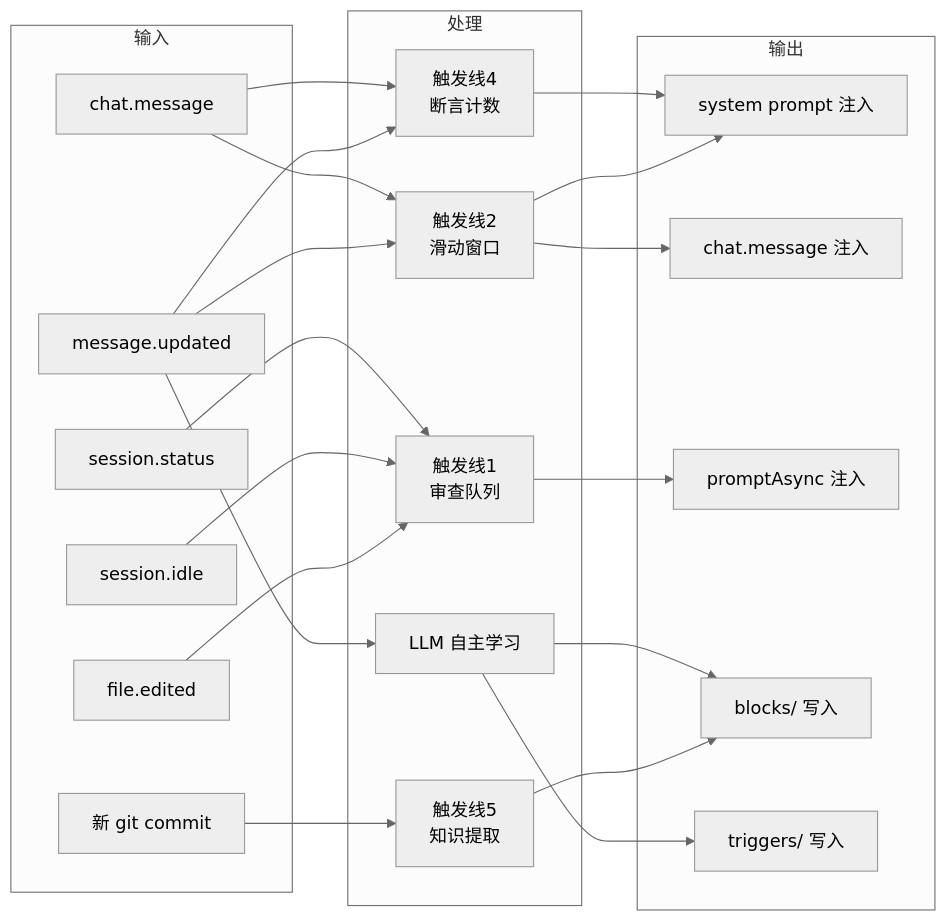
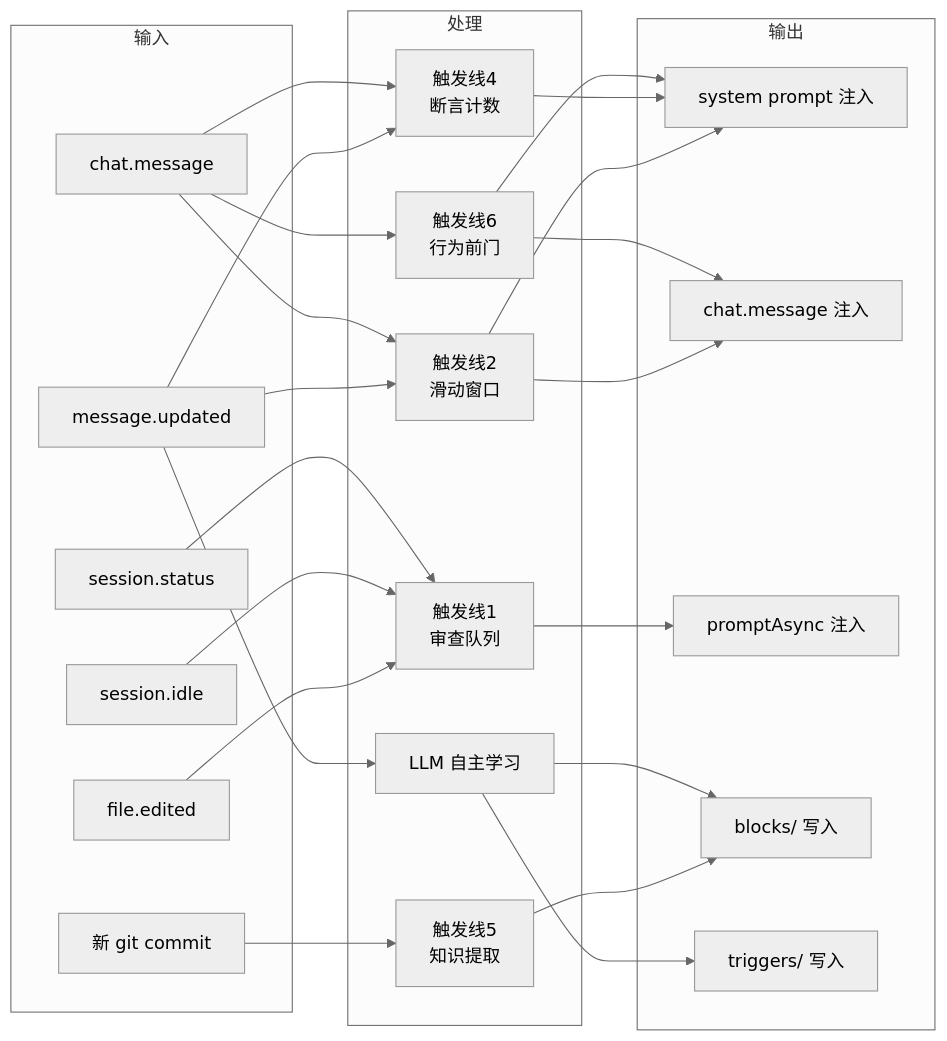
Before and after one commit to Max-Null/oc-plus: diagram 13 of 13 in 分形/机制说明.md, drawn with Mermaid (neutral theme). The commit also changed other lines of this file and 2 other files, not shown here.

First line of the commit message:
feat(分形): V3.7 行为前门 — grill-me 理念自动融入，检测改动意图强制对齐

````diff
--- a/分形/机制说明.md
+++ b/分形/机制说明.md
@@ -532,45 +633,49 @@
 ```mermaid
 flowchart LR
     subgraph 输入
         FE[file.edited]
         MU[message.updated]
         CM[chat.message]
         SI[session.idle]
         SS[session.status]
         GC[新 git commit]
     end
 
     subgraph 处理
         T1[触发线1<br/>审查队列]
         T2[触发线2<br/>滑动窗口]
         T4[触发线4<br/>断言计数]
         T5[触发线5<br/>知识提取]
+        T6[触发线6<br/>行为前门]
         AL[LLM 自主学习]
     end
 
     subgraph 输出
         SIJ[system prompt 注入]
         CIJ[chat.message 注入]
         PIJ[promptAsync 注入]
         BLK[blocks/ 写入]
         TRG[triggers/ 写入]
     end
 
     FE --> T1
     SI --> T1
     SS --> T1
     MU --> T2
     MU --> T4
     CM --> T2
     CM --> T4
+    CM --> T6
     GC --> T5
     MU --> AL
 
     T1 --> PIJ
     T2 --> SIJ
     T2 --> CIJ
     T4 --> SIJ
     T5 --> BLK
+    T6 --> SIJ
+    T6 --> CIJ
     AL --> BLK
     AL --> TRG
 ```
````
